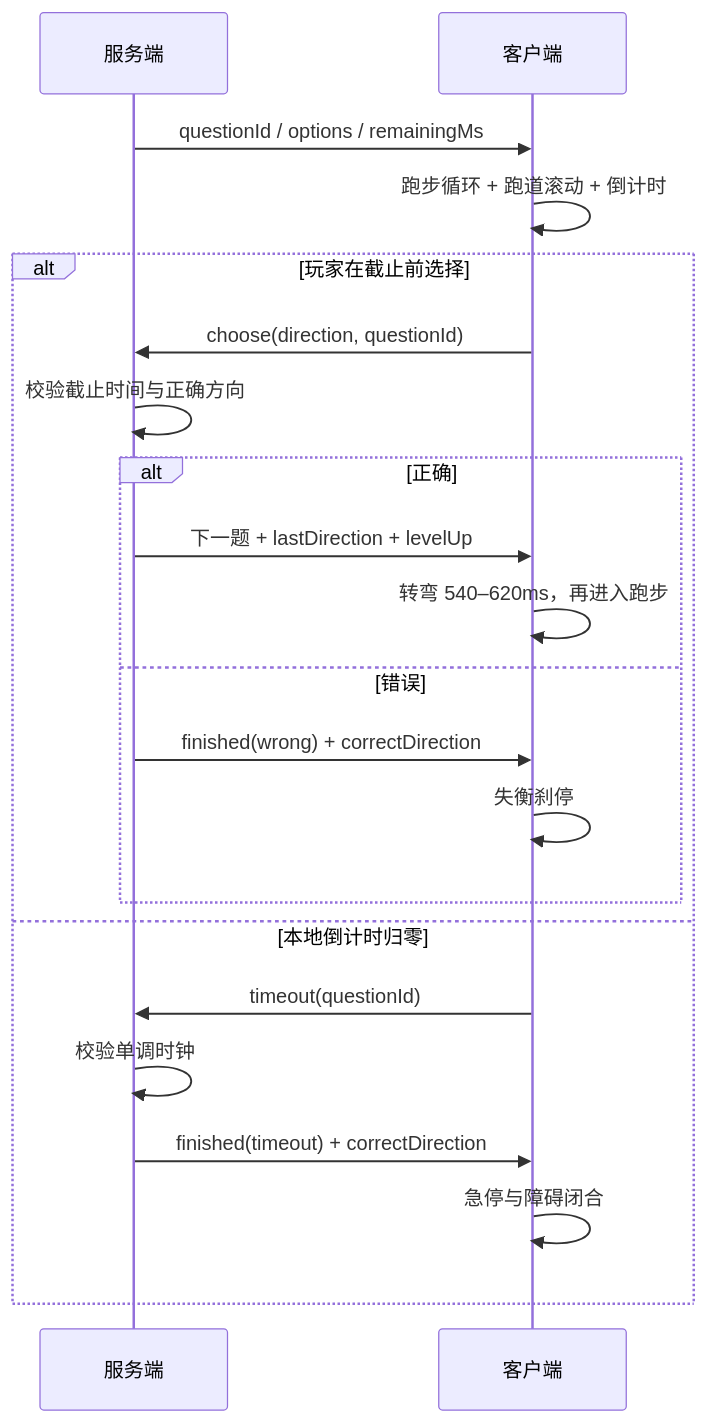
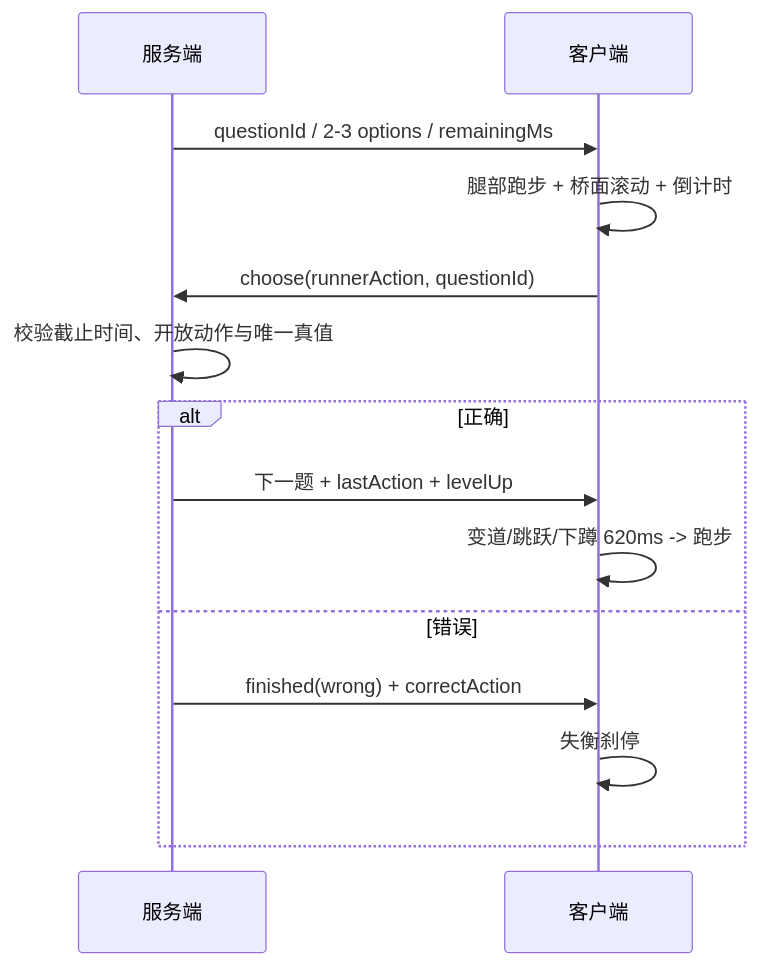
The diagram in plugin-math-runner/docs/ANIMATION_MODEL.md (touourin/game-hall-community-games), drawn with Mermaid before and after one commit. The commit also changed other lines of this file and 22 other files, not shown here.

````diff
--- a/plugin-math-runner/docs/ANIMATION_MODEL.md
+++ b/plugin-math-runner/docs/ANIMATION_MODEL.md
@@ -17,23 +15,16 @@
 ```mermaid
 sequenceDiagram
     participant S as 服务端
     participant C as 客户端
-    S->>C: questionId / options / remainingMs
-    C->>C: 跑步循环 + 跑道滚动 + 倒计时
-    alt 玩家在截止前选择
-        C->>S: choose(direction, questionId)
-        S->>S: 校验截止时间与正确方向
-        alt 正确
-            S->>C: 下一题 + lastDirection + levelUp
-            C->>C: 转弯 540–620ms，再进入跑步
-        else 错误
-            S->>C: finished(wrong) + correctDirection
-            C->>C: 失衡刹停
-        end
-    else 本地倒计时归零
-        C->>S: timeout(questionId)
-        S->>S: 校验单调时钟
-        S->>C: finished(timeout) + correctDirection
-        C->>C: 急停与障碍闭合
+    S->>C: questionId / 2-3 options / remainingMs
+    C->>C: 腿部跑步 + 桥面滚动 + 倒计时
+    C->>S: choose(runnerAction, questionId)
+    S->>S: 校验截止时间、开放动作与唯一真值
+    alt 正确
+        S->>C: 下一题 + lastAction + levelUp
+        C->>C: 变道/跳跃/下蹲 620ms -> 跑步
+    else 错误
+        S->>C: finished(wrong) + correctAction
+        C->>C: 失衡刹停
     end
 ```
````
